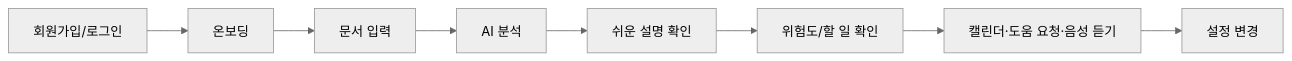
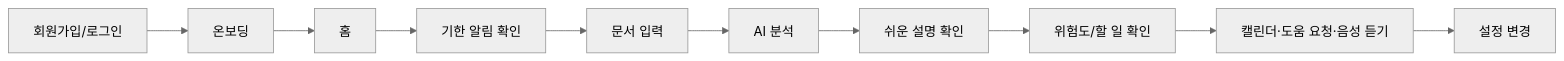
One commit to wjddns0122/ilgo changed the diagram in README.md. Above: the diagram before and after it, drawn with Mermaid (neutral theme). The commit also changed other lines of this file and 2 other files, not shown here.

````diff
--- a/README.md
+++ b/README.md
@@ -165,10 +165,12 @@
 ```mermaid
 flowchart LR
     A["회원가입/로그인"] --> B["온보딩"]
-    B --> C["문서 입력"]
-    C --> D["AI 분석"]
-    D --> E["쉬운 설명 확인"]
-    E --> F["위험도/할 일 확인"]
-    F --> G["캘린더·도움 요청·음성 듣기"]
-    G --> H["설정 변경"]
+    B --> C["홈"]
+    C --> D["기한 알림 확인"]
+    D --> E["문서 입력"]
+    E --> F["AI 분석"]
+    F --> G["쉬운 설명 확인"]
+    G --> H["위험도/할 일 확인"]
+    H --> I["캘린더·도움 요청·음성 듣기"]
+    I --> J["설정 변경"]
 ```
````
